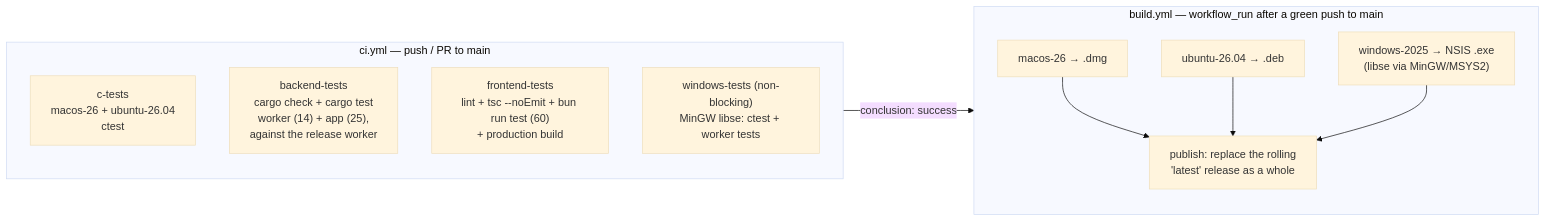
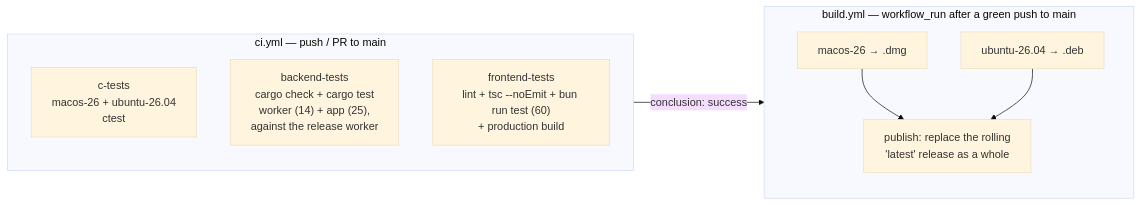
One commit to sersergious/surface-evolver changed the sixth of 6 diagrams in ARCHITECTURE.md. Above: the diagram before and after it, drawn with Mermaid (base theme). The commit also changed other lines of this file and 18 other files, not shown here.

````diff
--- a/ARCHITECTURE.md
+++ b/ARCHITECTURE.md
@@ -296,20 +295,17 @@
 ```mermaid
 flowchart LR
     subgraph CI["ci.yml — push / PR to main"]
         direction TB
         C1["c-tests<br/>macos-26 + ubuntu-26.04<br/>ctest"]
         C2["backend-tests<br/>cargo check + cargo test<br/>worker (14) + app (25),<br/>against the release worker"]
         C3["frontend-tests<br/>lint + tsc --noEmit + bun run test (60)<br/>+ production build"]
-        C4["windows-tests (non-blocking)<br/>MinGW libse: ctest + worker tests"]
     end
     subgraph BUILD["build.yml — workflow_run after a green push to main"]
         direction TB
         B1["macos-26 → .dmg"]
         B2["ubuntu-26.04 → .deb"]
-        B3["windows-2025 → NSIS .exe<br/>(libse via MinGW/MSYS2)"]
         B1 --> REL["publish: replace the rolling<br/>'latest' release as a whole"]
         B2 --> REL
-        B3 --> REL
     end
     CI -- "conclusion: success" --> BUILD
 ```
````
